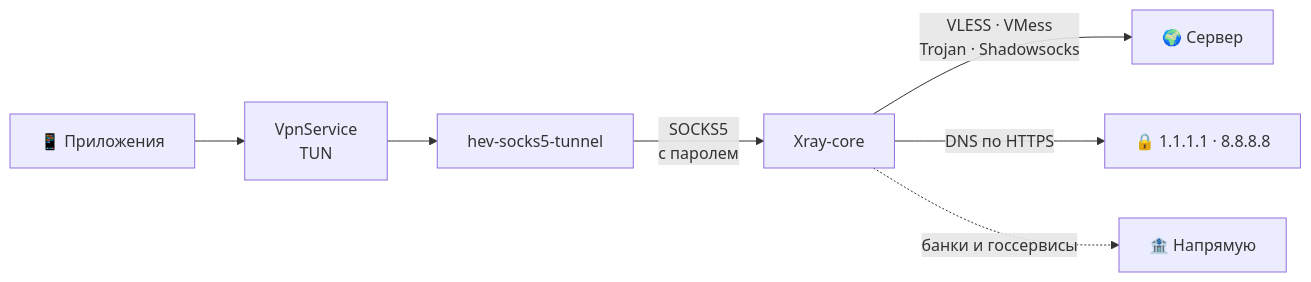
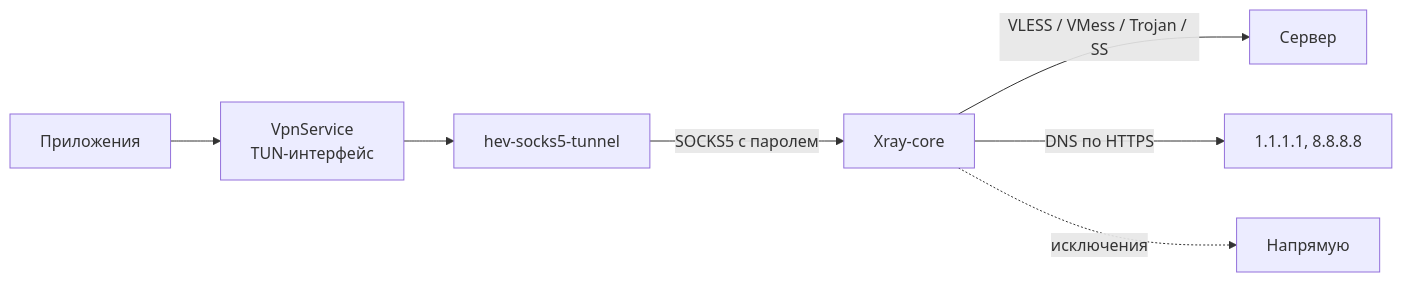
Before and after one commit to lutzashl290788-cell/farvater: the diagram in README.md, drawn with Mermaid. The commit also changed other lines of this file and 7 other files, not shown here.

````diff
--- a/README.md
+++ b/README.md
@@ -227,9 +312,9 @@
 ```mermaid
 flowchart LR
-    A["📱 Приложения"] --> B["VpnService<br/>TUN"]
-    B --> C["hev-socks5-tunnel"]
-    C -- "SOCKS5<br/>с паролем" --> D["Xray-core"]
-    D -- "VLESS · VMess<br/>Trojan · Shadowsocks" --> E["🌍 Сервер"]
-    D -- "DNS по HTTPS" --> F["🔒 1.1.1.1 · 8.8.8.8"]
-    D -. "банки и госсервисы" .-> G["🏦 Напрямую"]
+    apps["Приложения"] --> tun["VpnService<br/>TUN-интерфейс"]
+    tun --> hev["hev-socks5-tunnel"]
+    hev -- "SOCKS5 с паролем" --> xray["Xray-core"]
+    xray -- "VLESS / VMess / Trojan / SS" --> server["Сервер"]
+    xray -- "DNS по HTTPS" --> doh["1.1.1.1, 8.8.8.8"]
+    xray -. "исключения" .-> direct["Напрямую"]
 ```
````
